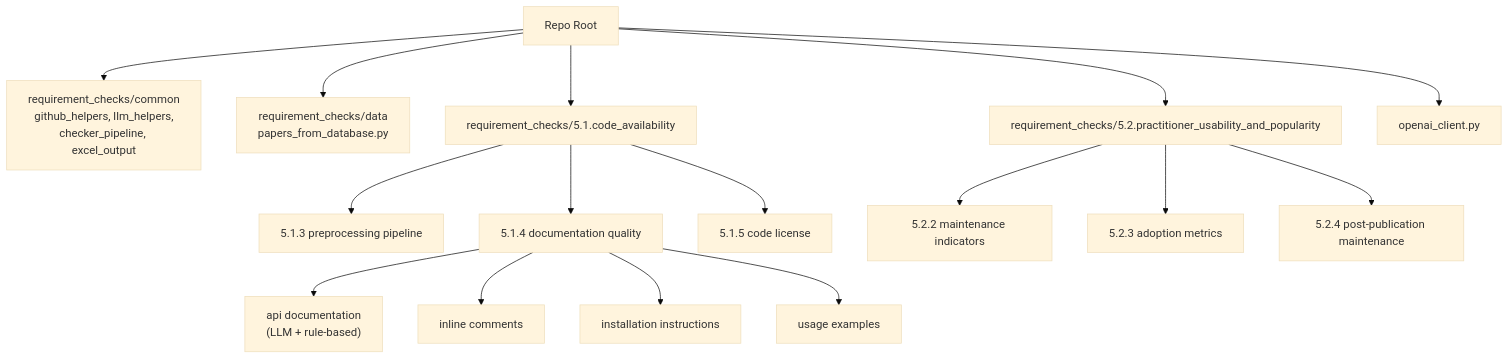
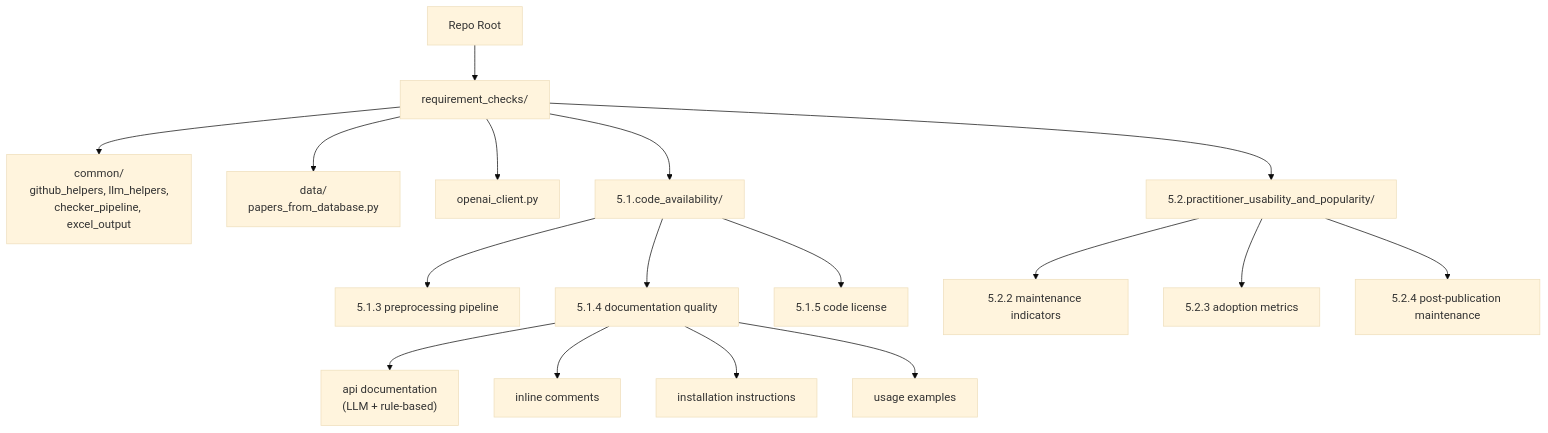
The diagram in README.md (AminDaryan/Scrape-GitHub), drawn with Mermaid (base theme) before and after one commit.

Commit message:
fix: fix mermaid structure

````diff
--- a/README.md
+++ b/README.md
@@ -41,19 +41,20 @@
 ```mermaid
 flowchart TD
   root["Repo Root"]
-  root --> common["requirement_checks/common<br/>github_helpers, llm_helpers,<br/>checker_pipeline, excel_output"]
-  root --> data["requirement_checks/data<br/>papers_from_database.py"]
-  root --> q51["requirement_checks/5.1.code_availability"]
+  root --> rc["requirement_checks/"]
+  rc --> common["common/<br/>github_helpers, llm_helpers,<br/>checker_pipeline, excel_output"]
+  rc --> data["data/<br/>papers_from_database.py"]
+  rc --> client["openai_client.py"]
+  rc --> q51["5.1.code_availability/"]
   q51 --> q513["5.1.3 preprocessing pipeline"]
   q51 --> q514["5.1.4 documentation quality"]
   q51 --> q515["5.1.5 code license"]
   q514 --> apidoc["api documentation<br/>(LLM + rule-based)"]
   q514 --> inline["inline comments"]
   q514 --> install["installation instructions"]
   q514 --> usage["usage examples"]
-  root --> q52["requirement_checks/5.2.practitioner_usability_and_popularity"]
+  rc --> q52["5.2.practitioner_usability_and_popularity/"]
   q52 --> q522["5.2.2 maintenance indicators"]
   q52 --> q523["5.2.3 adoption metrics"]
   q52 --> q524["5.2.4 post-publication maintenance"]
-  root --> client["openai_client.py"]
 ```
````
